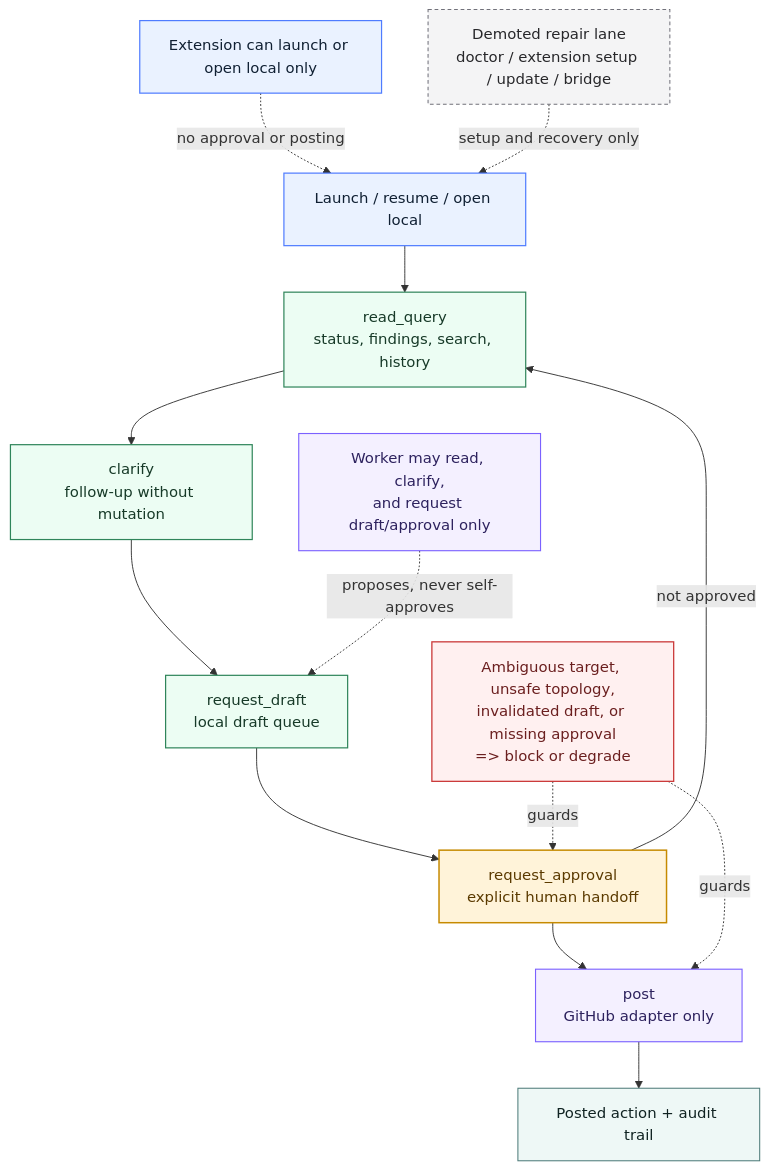
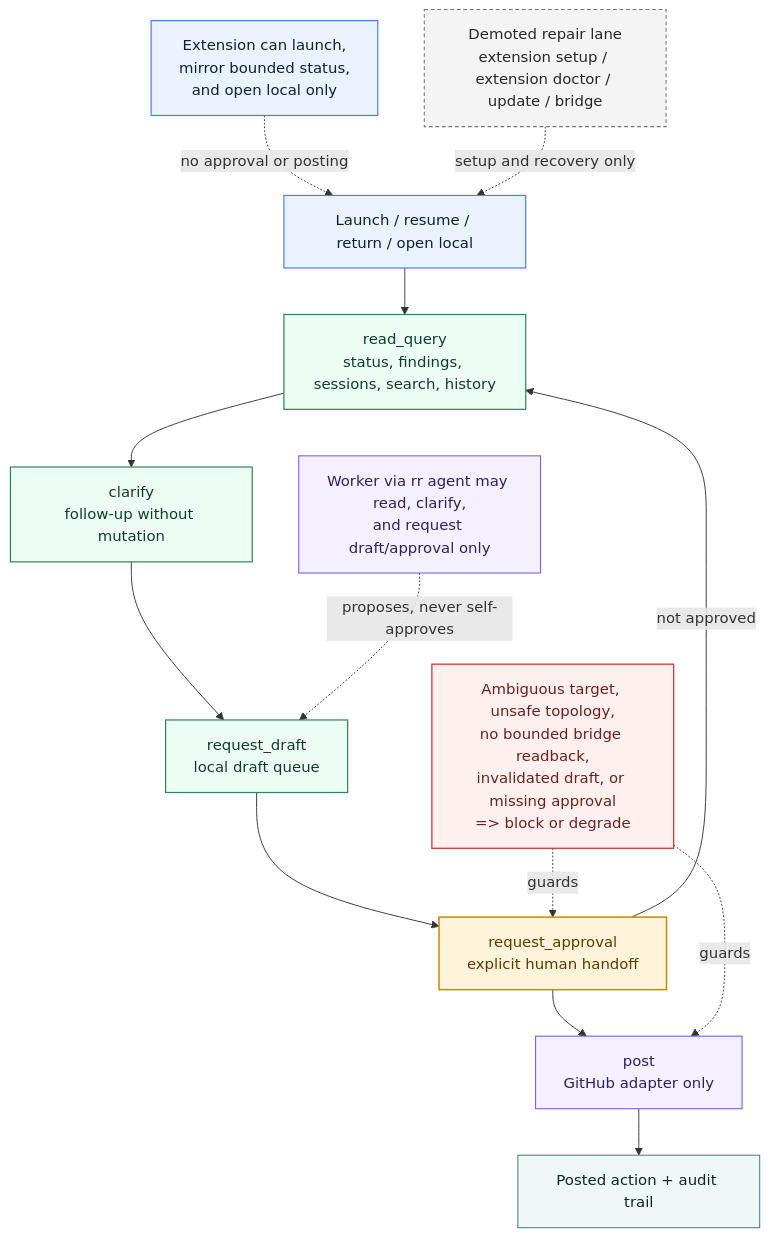
One commit to cdilga/roger-reviewer changed the third of 3 diagrams in docs/ROOT_LEVEL_FLOW_AND_ARCHITECTURE_DIAGRAMS.md. Above: the diagram before and after it, drawn with Mermaid. The commit also changed other lines of this file and 158 other files, not shown here.

First line of the commit message:
feat: land copilot tier-b live harness, worker persistence, triage/prs surfaces, and agent skills

````diff
--- a/docs/ROOT_LEVEL_FLOW_AND_ARCHITECTURE_DIAGRAMS.md
+++ b/docs/ROOT_LEVEL_FLOW_AND_ARCHITECTURE_DIAGRAMS.md
@@ -210,32 +219,32 @@
 ```mermaid
 flowchart TD
     classDef surface fill:#EAF2FF,stroke:#4F7CFF,color:#102033,stroke-width:1.3px;
     classDef core fill:#ECFDF3,stroke:#2F855A,color:#173A28,stroke-width:1.3px;
     classDef gate fill:#FFF3D9,stroke:#C68A00,color:#5B3A00,stroke-width:1.6px;
     classDef data fill:#EEF8F6,stroke:#4C7A78,color:#102322,stroke-width:1.1px;
     classDef external fill:#F4F0FF,stroke:#7B61FF,color:#2D225E,stroke-width:1.2px;
     classDef repair fill:#F4F4F5,stroke:#71717A,color:#27272A,stroke-width:1.1px,stroke-dasharray: 4 3;
     classDef blocked fill:#FFF0F0,stroke:#CB3A3A,color:#6B1F1F,stroke-width:1.4px;
 
-    ENTRY["Launch / resume / open local"]:::surface
-    READ["read_query<br/>status, findings, search, history"]:::core
+    ENTRY["Launch / resume / return / open local"]:::surface
+    READ["read_query<br/>status, findings, sessions, search, history"]:::core
     CLARIFY["clarify<br/>follow-up without mutation"]:::core
     DRAFT["request_draft<br/>local draft queue"]:::core
     APPROVAL["request_approval<br/>explicit human handoff"]:::gate
     POST["post<br/>GitHub adapter only"]:::external
     AUDIT["Posted action + audit trail"]:::data
 
-    EXTENSION["Extension can launch or open local only"]:::surface
-    WORKER["Worker may read, clarify,<br/>and request draft/approval only"]:::external
-    REPAIR["Demoted repair lane<br/>doctor / extension setup / update / bridge"]:::repair
-    BLOCK["Ambiguous target, unsafe topology,<br/>invalidated draft, or missing approval<br/>=> block or degrade"]:::blocked
+    EXTENSION["Extension can launch,<br/>mirror bounded status,<br/>and open local only"]:::surface
+    WORKER["Worker via rr agent may read, clarify,<br/>and request draft/approval only"]:::external
+    REPAIR["Demoted repair lane<br/>extension setup / extension doctor / update / bridge"]:::repair
+    BLOCK["Ambiguous target, unsafe topology,<br/>no bounded bridge readback,<br/>invalidated draft, or missing approval<br/>=> block or degrade"]:::blocked
 
     ENTRY --> READ --> CLARIFY --> DRAFT --> APPROVAL --> POST --> AUDIT
     APPROVAL -- not approved --> READ
 
     EXTENSION -. no approval or posting .-> ENTRY
     WORKER -. proposes, never self-approves .-> DRAFT
     BLOCK -. guards .-> APPROVAL
     BLOCK -. guards .-> POST
     REPAIR -. setup and recovery only .-> ENTRY
 ```
````
